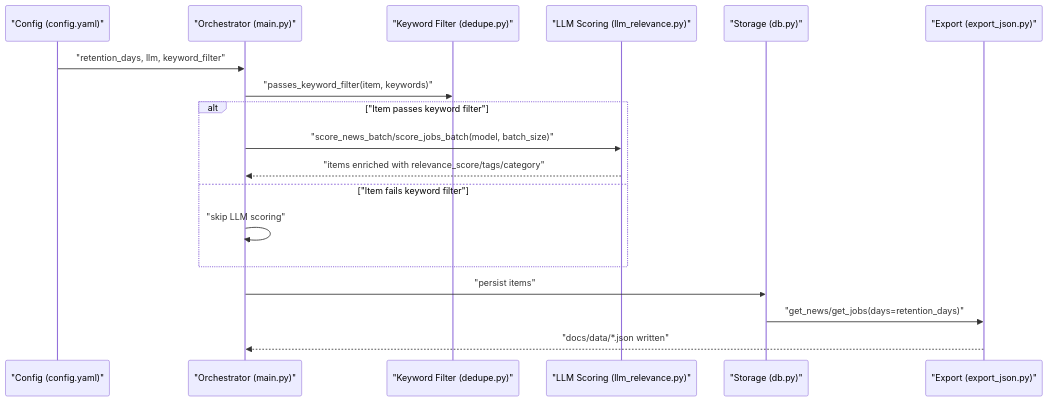
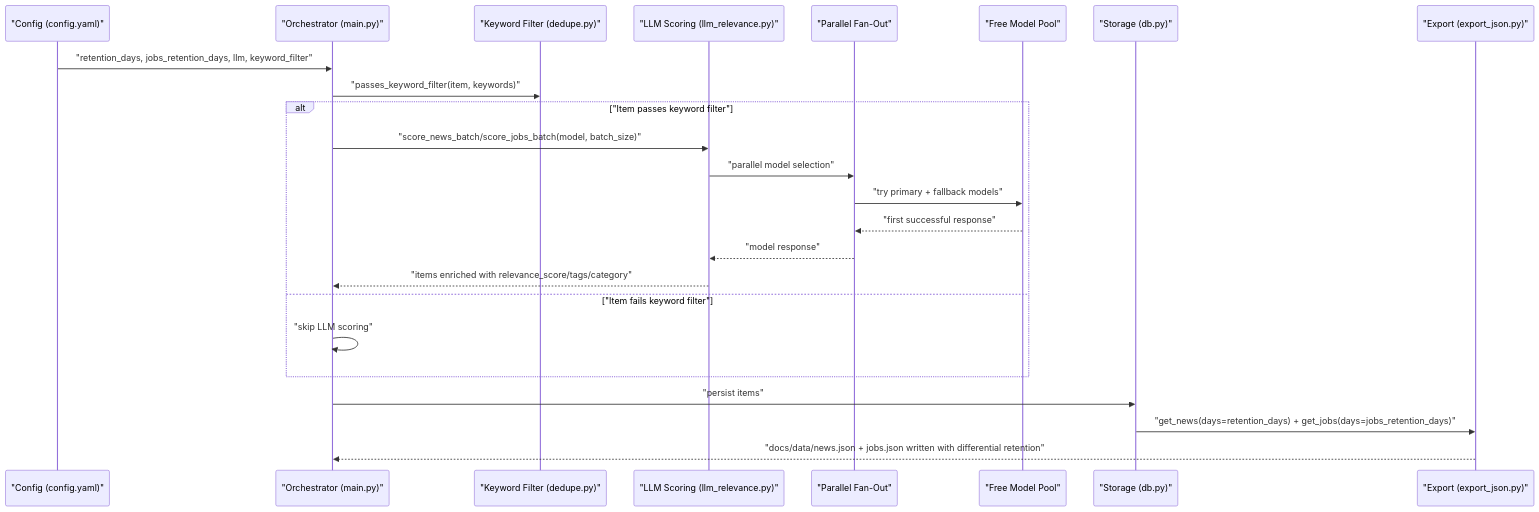
The second of 3 diagrams in .qoder/repowiki/en/content/Configuration Guide/Core Configuration Options.md (shakthi-vinayak/news), drawn with Mermaid before and after one commit. The commit also changed other lines of this file and 55 other files, not shown here.

````diff
--- a/.qoder/repowiki/en/content/Configuration Guide/Core Configuration Options.md
+++ b/.qoder/repowiki/en/content/Configuration Guide/Core Configuration Options.md
@@ -122,20 +151,26 @@
 ```mermaid
 sequenceDiagram
 participant Cfg as "Config (config.yaml)"
 participant Main as "Orchestrator (main.py)"
 participant Dedup as "Keyword Filter (dedupe.py)"
 participant LLM as "LLM Scoring (llm_relevance.py)"
+participant FanOut as "Parallel Fan-Out"
+participant ModelPool as "Free Model Pool"
 participant DB as "Storage (db.py)"
 participant Export as "Export (export_json.py)"
-Cfg->>Main : "retention_days, llm, keyword_filter"
+Cfg->>Main : "retention_days, jobs_retention_days, llm, keyword_filter"
 Main->>Dedup : "passes_keyword_filter(item, keywords)"
 alt "Item passes keyword filter"
 Main->>LLM : "score_news_batch/score_jobs_batch(model, batch_size)"
+LLM->>FanOut : "parallel model selection"
+FanOut->>ModelPool : "try primary + fallback models"
+ModelPool-->>FanOut : "first successful response"
+FanOut-->>LLM : "model response"
 LLM-->>Main : "items enriched with relevance_score/tags/category"
 else "Item fails keyword filter"
 Main->>Main : "skip LLM scoring"
 end
 Main->>DB : "persist items"
-DB->>Export : "get_news/get_jobs(days=retention_days)"
-Export-->>Main : "docs/data/*.json written"
+DB->>Export : "get_news(days=retention_days) + get_jobs(days=jobs_retention_days)"
+Export-->>Main : "docs/data/news.json + jobs.json written with differential retention"
 ```
````
